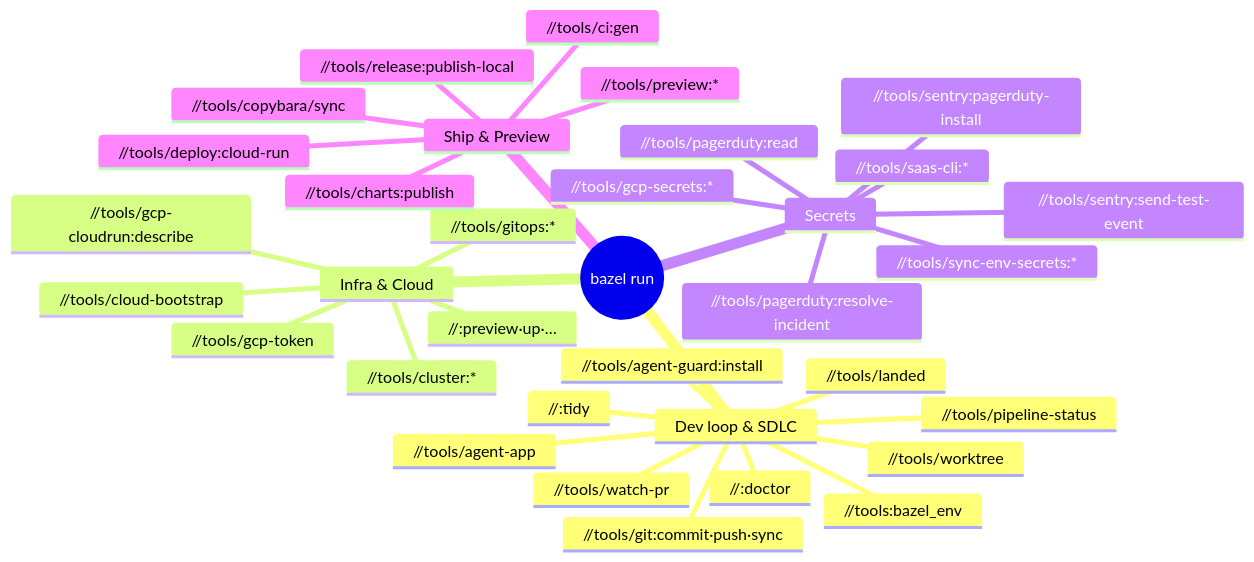
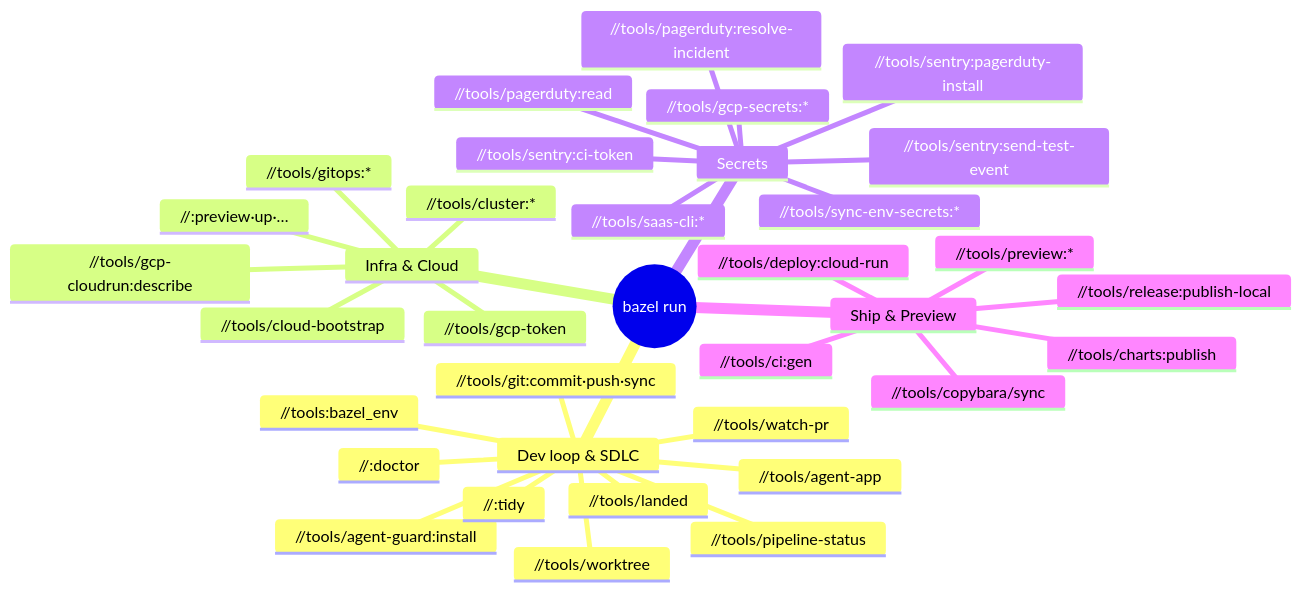
One commit to VitruvianSoftware/vitruvian-core changed the diagram in docs/reference/bazel-targets.md. Above: the diagram before and after it, drawn with Mermaid. The commit also changed other lines of this file and 7 other files, not shown here.

Commit message:
feat(sentry): add ci-token CLI for internal integration tokens

````diff
--- a/docs/reference/bazel-targets.md
+++ b/docs/reference/bazel-targets.md
@@ -11,37 +11,38 @@
 ```mermaid
 mindmap
   root((bazel run))
     Dev loop & SDLC
       //:doctor
       //tools/worktree
       //tools/git:commit·push·sync
       //tools/agent-guard:install
       //tools/agent-app
       //tools/watch-pr
       //tools/landed
       //tools/pipeline-status
       //:tidy
       //tools:bazel_env
     Infra & Cloud
       //<pulumi project>:preview·up·…
       //tools/gcp-token
       //tools/gcp-cloudrun:describe
       //tools/cloud-bootstrap
       //tools/gitops:*
       //tools/cluster:*
     Secrets
       //tools/gcp-secrets:*
       //tools/sync-env-secrets:*
       //tools/saas-cli:*
+      //tools/sentry:ci-token
       //tools/sentry:pagerduty-install
       //tools/sentry:send-test-event
       //tools/pagerduty:read
       //tools/pagerduty:resolve-incident
     Ship & Preview
       //tools/ci:gen
       //tools/deploy:cloud-run
       //tools/preview:*
       //tools/charts:publish
       //tools/release:publish-local
       //tools/copybara/sync
 ```
````
